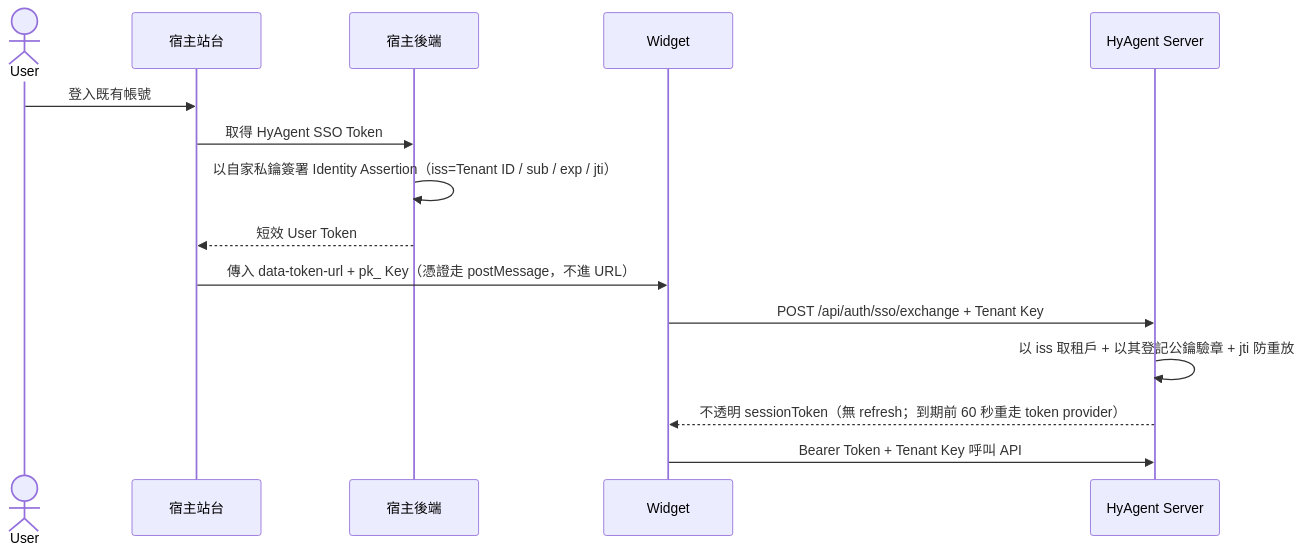
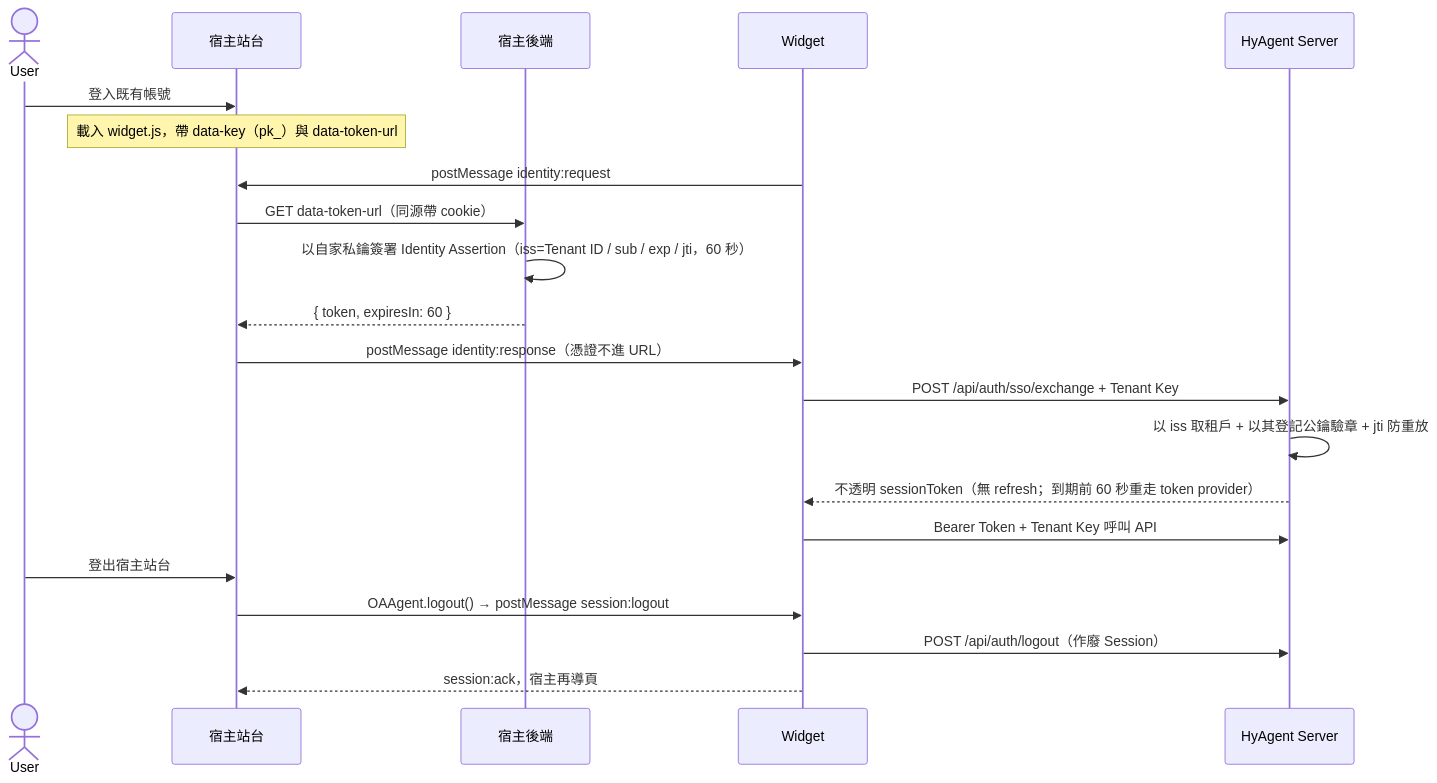
One commit to KevinYang2229/hyagent changed the fourth of 12 diagrams in docs/SYSTEM_ANALYSIS.md. Above: the diagram before and after it, drawn with Mermaid. The commit also changed other lines of this file and 11 other files, not shown here.

````diff
--- a/docs/SYSTEM_ANALYSIS.md
+++ b/docs/SYSTEM_ANALYSIS.md
@@ -191,18 +191,24 @@
 ```mermaid
 sequenceDiagram
     actor User
     participant Host as 宿主站台
     participant HostBE as 宿主後端
     participant Widget
     participant Server as HyAgent Server
 
     User->>Host: 登入既有帳號
-    Host->>HostBE: 取得 HyAgent SSO Token
-    HostBE->>HostBE: 以自家私鑰簽署 Identity Assertion（iss=Tenant ID / sub / exp / jti）
-    HostBE-->>Host: 短效 User Token
-    Host->>Widget: 傳入 data-token-url + pk_ Key（憑證走 postMessage，不進 URL）
+    Note over Host: 載入 widget.js，帶 data-key（pk_）與 data-token-url
+    Widget->>Host: postMessage identity:request
+    Host->>HostBE: GET data-token-url（同源帶 cookie）
+    HostBE->>HostBE: 以自家私鑰簽署 Identity Assertion（iss=Tenant ID / sub / exp / jti，60 秒）
+    HostBE-->>Host: { token, expiresIn: 60 }
+    Host->>Widget: postMessage identity:response（憑證不進 URL）
     Widget->>Server: POST /api/auth/sso/exchange + Tenant Key
     Server->>Server: 以 iss 取租戶 + 以其登記公鑰驗章 + jti 防重放
     Server-->>Widget: 不透明 sessionToken（無 refresh；到期前 60 秒重走 token provider）
     Widget->>Server: Bearer Token + Tenant Key 呼叫 API
+    User->>Host: 登出宿主站台
+    Host->>Widget: OAAgent.logout() → postMessage session:logout
+    Widget->>Server: POST /api/auth/logout（作廢 Session）
+    Widget-->>Host: session:ack，宿主再導頁
 ```
````
